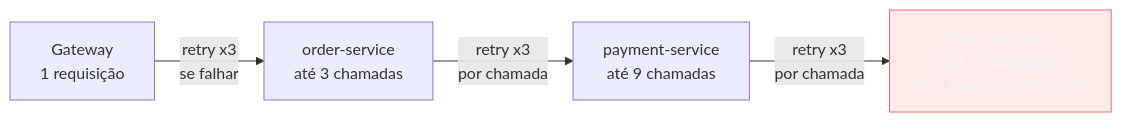
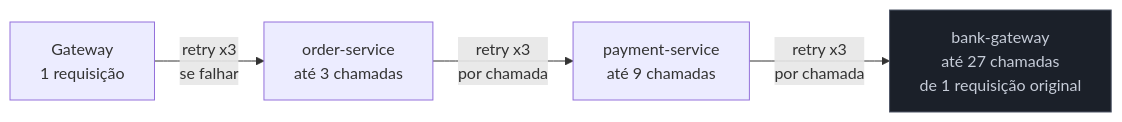
One commit to josenaldo/codex-technomanticus changed the second of 4 diagrams in 03-Dominios/Engenharia/Operação/3 - Rodar em produção/06 - Resiliência operacional.md. Above: the diagram before and after it, drawn with Mermaid. The commit also changed other lines of this file and 601 other files, not shown here.

````diff
--- a/03-Dominios/Engenharia/Operação/3 - Rodar em produção/06 - Resiliência operacional.md
+++ b/03-Dominios/Engenharia/Operação/3 - Rodar em produção/06 - Resiliência operacional.md
@@ -77,9 +79,9 @@
 ```mermaid
 graph LR
-    classDef falha fill:#FF6B6B24,stroke:#FF6B6B,color:#E9ECF2
+    classDef neutro fill:#1B2029,stroke:#4E5666,color:#C6CCD8
     G["Gateway<br/>1 requisição"] -->|"retry x3<br/>se falhar"| OS["order-service<br/>até 3 chamadas"]
     OS -->|"retry x3<br/>por chamada"| PS["payment-service<br/>até 9 chamadas"]
     PS -->|"retry x3<br/>por chamada"| BG["bank-gateway<br/>até 27 chamadas<br/>de 1 requisição original"]
 
-    class BG falha
+    class BG neutro
 ```
````
